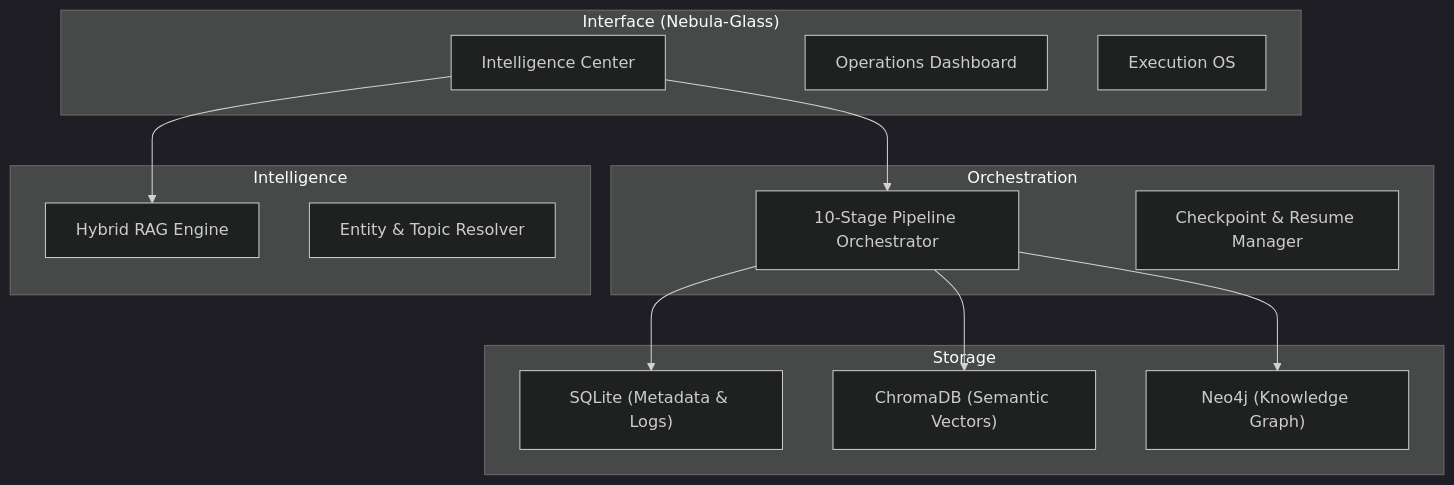
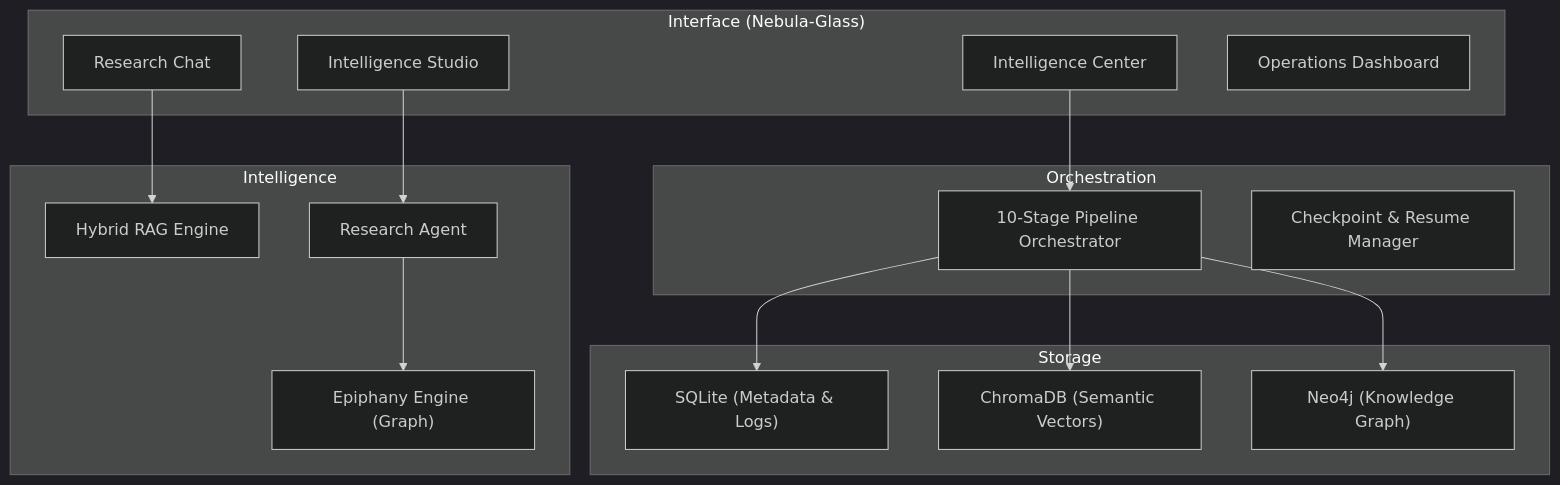
One commit to AmanGarg1999/YTVault changed the diagram in README.md. Above: the diagram before and after it, drawn with Mermaid (dark theme). The commit also changed other lines of this file and 3 other files, not shown here.

Commit message:
docs: update system architecture with Intelligence Studio, Research Chat, and autonomous agent capabilities

````diff
--- a/README.md
+++ b/README.md
@@ -62,30 +74,34 @@
 ```mermaid
 graph TB
     subgraph "Interface (Nebula-Glass)"
-        UI["Intelligence Center"]
-        OP["Operations Dashboard"]
-        EX["Execution OS"]
+        IC["Intelligence Center"]
+        IS["Intelligence Studio"]
+        RC["Research Chat"]
+        OD["Operations Dashboard"]
     end
 
     subgraph "Orchestration"
         OR["10-Stage Pipeline Orchestrator"]
         CP["Checkpoint & Resume Manager"]
     end
 
     subgraph "Intelligence"
         RAG["Hybrid RAG Engine"]
-        ENT["Entity & Topic Resolver"]
+        AGENT["Research Agent"]
+        EE["Epiphany Engine (Graph)"]
     end
 
     subgraph "Storage"
         SQL["SQLite (Metadata & Logs)"]
         VEC["ChromaDB (Semantic Vectors)"]
         GRA["Neo4j (Knowledge Graph)"]
     end
 
-    UI --> OR
+    IC --> OR
     OR --> SQL
     OR --> VEC
     OR --> GRA
-    UI --> RAG
+    RC --> RAG
+    IS --> AGENT
+    AGENT --> EE
 ```
````
